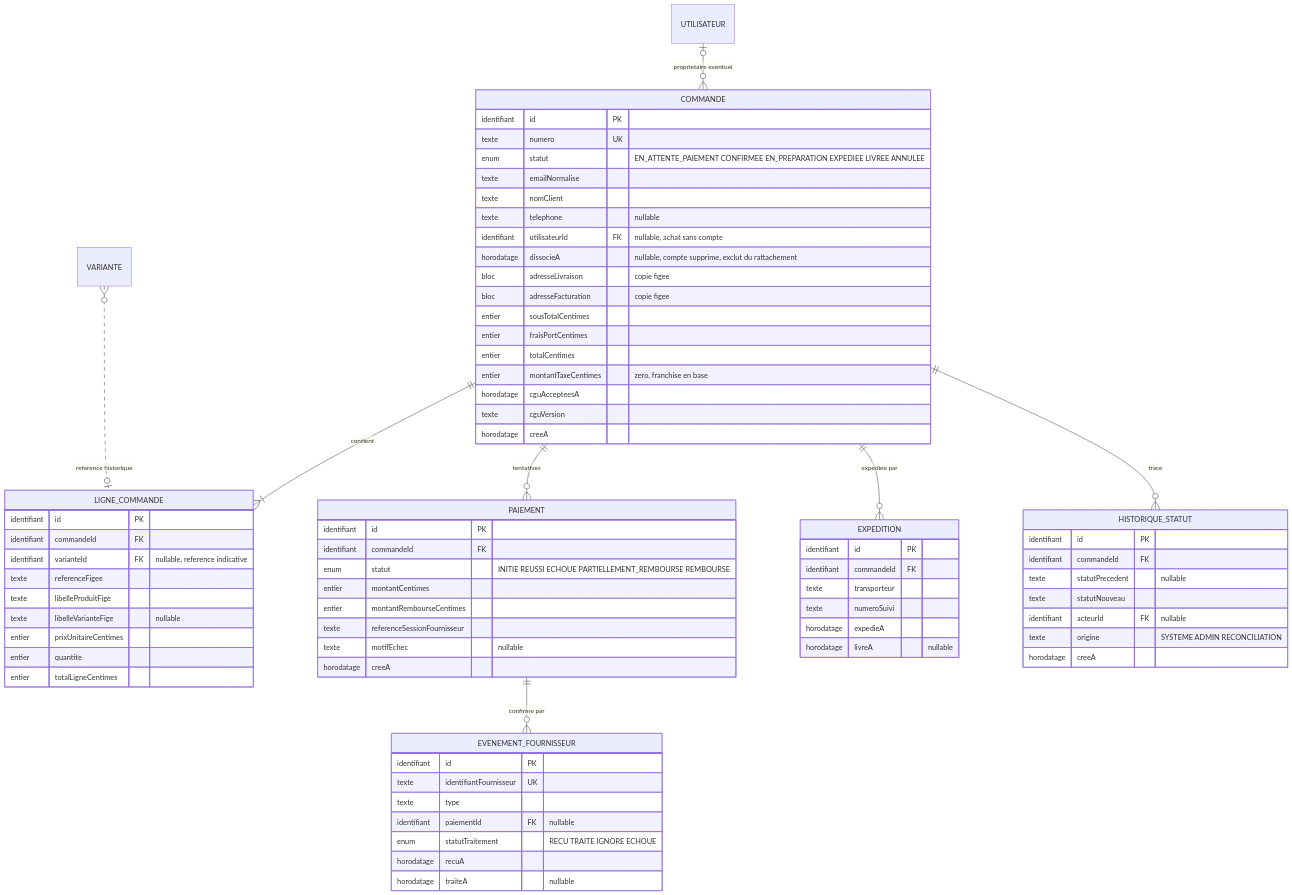
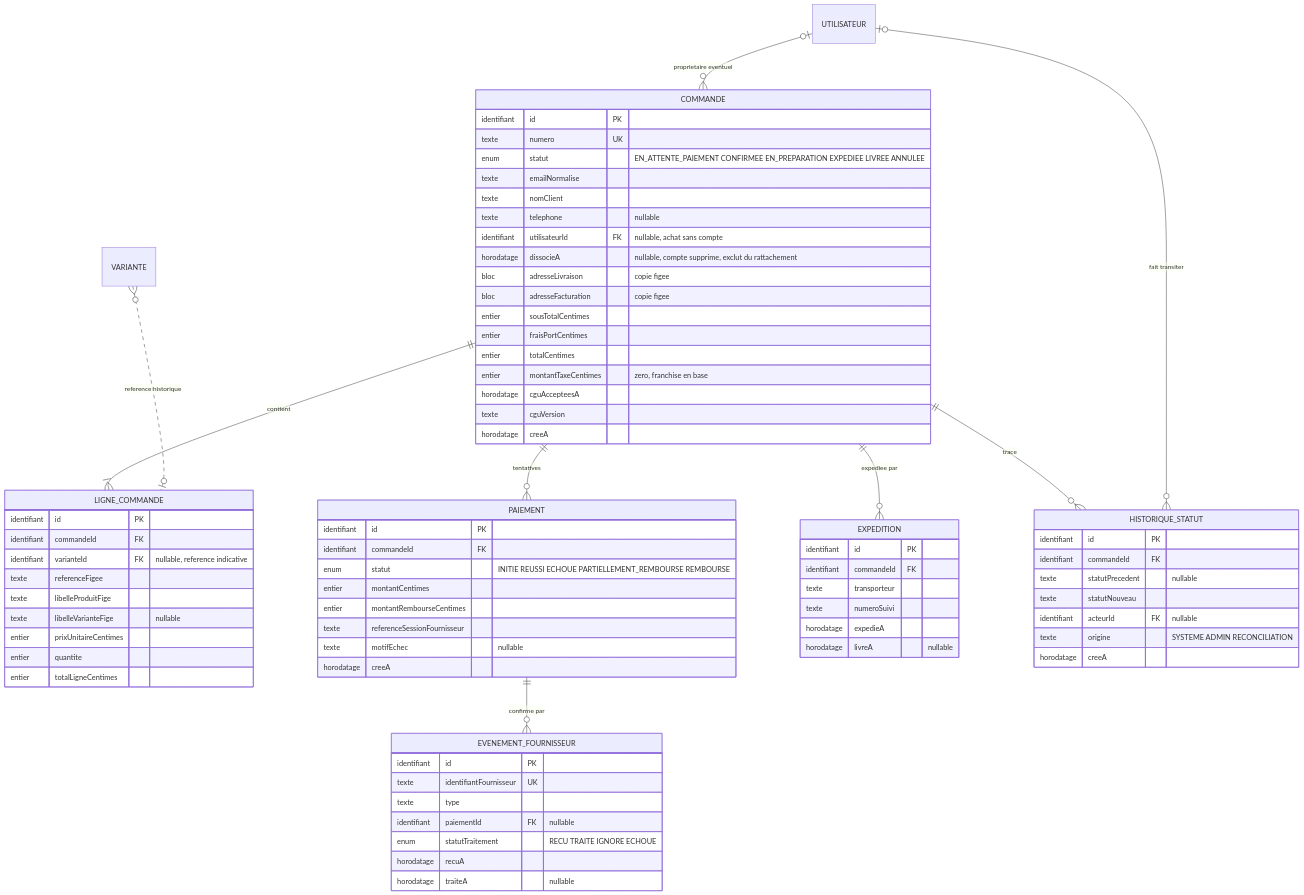
Before and after one commit to krismos64/lune-soleil: the fourth of 9 diagrams in docs/architecture/MODELE-CONCEPTUEL.md, drawn with Mermaid. The commit also changed other lines of this file and 4 other files, not shown here.

````diff
--- a/docs/architecture/MODELE-CONCEPTUEL.md
+++ b/docs/architecture/MODELE-CONCEPTUEL.md
@@ -349,77 +351,78 @@
 ```mermaid
 erDiagram
     COMMANDE ||--|{ LIGNE_COMMANDE : "contient"
     COMMANDE ||--o{ PAIEMENT : "tentatives"
     COMMANDE ||--o{ EXPEDITION : "expediee par"
     COMMANDE ||--o{ HISTORIQUE_STATUT : "trace"
+    UTILISATEUR |o--o{ HISTORIQUE_STATUT : "fait transiter"
     PAIEMENT ||--o{ EVENEMENT_FOURNISSEUR : "confirme par"
     VARIANTE }o..o| LIGNE_COMMANDE : "reference historique"
     UTILISATEUR |o--o{ COMMANDE : "proprietaire eventuel"
 
     COMMANDE {
         identifiant id PK
         texte numero UK
         enum statut "EN_ATTENTE_PAIEMENT CONFIRMEE EN_PREPARATION EXPEDIEE LIVREE ANNULEE"
         texte emailNormalise
         texte nomClient
         texte telephone "nullable"
         identifiant utilisateurId FK "nullable, achat sans compte"
         horodatage dissocieA "nullable, compte supprime, exclut du rattachement"
         bloc adresseLivraison "copie figee"
         bloc adresseFacturation "copie figee"
         entier sousTotalCentimes
         entier fraisPortCentimes
         entier totalCentimes
         entier montantTaxeCentimes "zero, franchise en base"
         horodatage cguAccepteesA
         texte cguVersion
         horodatage creeA
     }
     LIGNE_COMMANDE {
         identifiant id PK
         identifiant commandeId FK
         identifiant varianteId FK "nullable, reference indicative"
         texte referenceFigee
         texte libelleProduitFige
         texte libelleVarianteFige "nullable"
         entier prixUnitaireCentimes
         entier quantite
         entier totalLigneCentimes
     }
     PAIEMENT {
         identifiant id PK
         identifiant commandeId FK
         enum statut "INITIE REUSSI ECHOUE PARTIELLEMENT_REMBOURSE REMBOURSE"
         entier montantCentimes
         entier montantRembourseCentimes
         texte referenceSessionFournisseur
         texte motifEchec "nullable"
         horodatage creeA
     }
     EVENEMENT_FOURNISSEUR {
         identifiant id PK
         texte identifiantFournisseur UK
         texte type
         identifiant paiementId FK "nullable"
         enum statutTraitement "RECU TRAITE IGNORE ECHOUE"
         horodatage recuA
         horodatage traiteA "nullable"
     }
     EXPEDITION {
         identifiant id PK
         identifiant commandeId FK
         texte transporteur
         texte numeroSuivi
         horodatage expedieA
         horodatage livreA "nullable"
     }
     HISTORIQUE_STATUT {
         identifiant id PK
         identifiant commandeId FK
         texte statutPrecedent "nullable"
         texte statutNouveau
         identifiant acteurId FK "nullable"
         texte origine "SYSTEME ADMIN RECONCILIATION"
         horodatage creeA
     }
 ```
````
